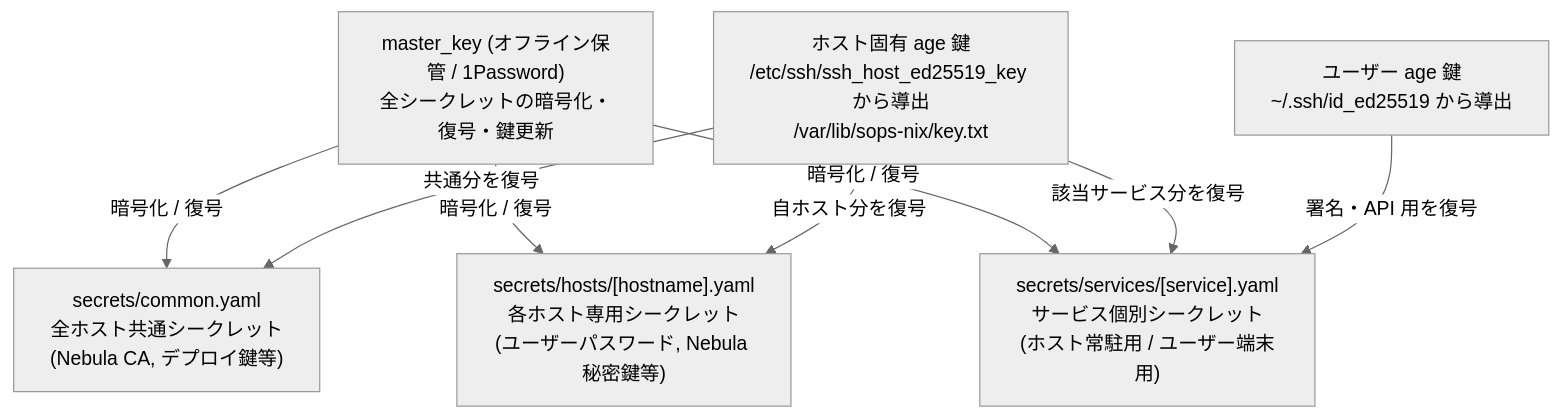
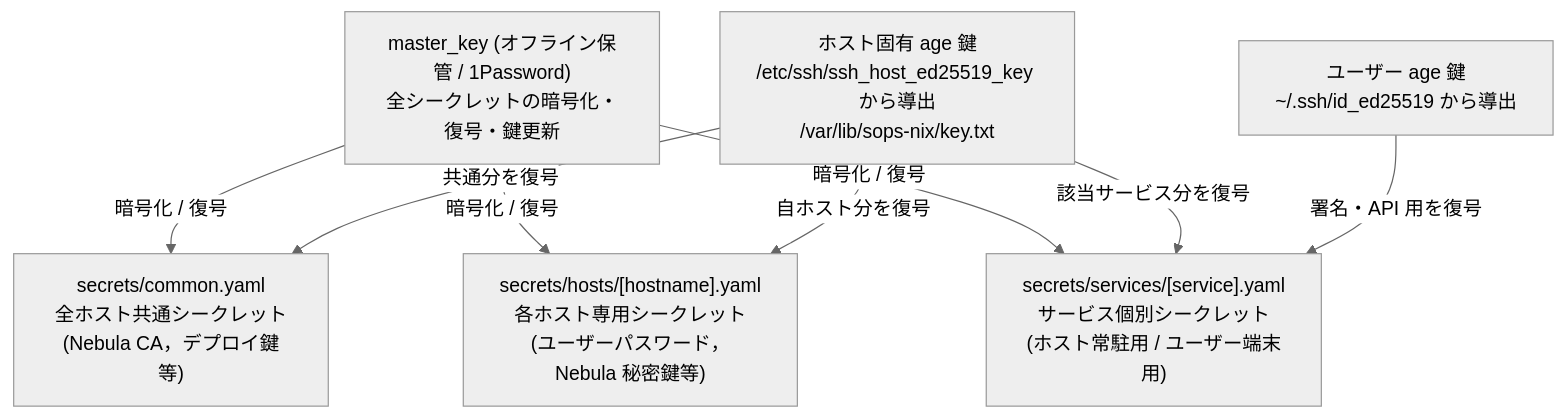
One commit to t3u-tsu/nix-config changed the diagram in docs/operations/secret-management.md. Above: the diagram before and after it, drawn with Mermaid (neutral theme). The commit also changed other lines of this file and 21 other files, not shown here.

````diff
--- a/docs/operations/secret-management.md
+++ b/docs/operations/secret-management.md
@@ -9,19 +9,19 @@
 ```mermaid
 graph TD
     Master["master_key (オフライン保管 / 1Password)<br>全シークレットの暗号化・復号・鍵更新"]
     HostKey["ホスト固有 age 鍵<br>/etc/ssh/ssh_host_ed25519_key から導出<br>/var/lib/sops-nix/key.txt"]
     UserKey["ユーザー age 鍵<br>~/.ssh/id_ed25519 から導出"]
 
-    CommonSecret["secrets/common.yaml<br>全ホスト共通シークレット<br>(Nebula CA, デプロイ鍵等)"]
-    HostSecret["secrets/hosts/[hostname].yaml<br>各ホスト専用シークレット<br>(ユーザーパスワード, Nebula 秘密鍵等)"]
+    CommonSecret["secrets/common.yaml<br>全ホスト共通シークレット<br>(Nebula CA，デプロイ鍵等)"]
+    HostSecret["secrets/hosts/[hostname].yaml<br>各ホスト専用シークレット<br>(ユーザーパスワード，Nebula 秘密鍵等)"]
     ServiceSecret["secrets/services/[service].yaml<br>サービス個別シークレット<br>(ホスト常駐用 / ユーザー端末用)"]
 
     Master -->|暗号化 / 復号| CommonSecret
     Master -->|暗号化 / 復号| HostSecret
     Master -->|暗号化 / 復号| ServiceSecret
 
     HostKey -->|共通分を復号| CommonSecret
     HostKey -->|自ホスト分を復号| HostSecret
     HostKey -->|該当サービス分を復号| ServiceSecret
     UserKey -->|署名・API 用を復号| ServiceSecret
 ```
````
